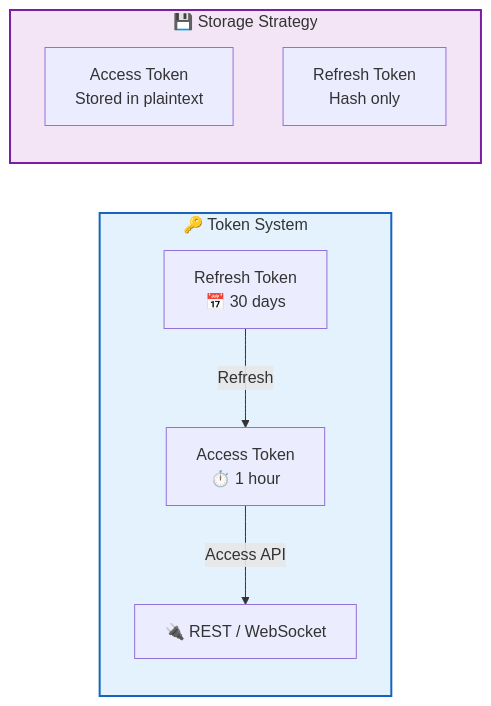
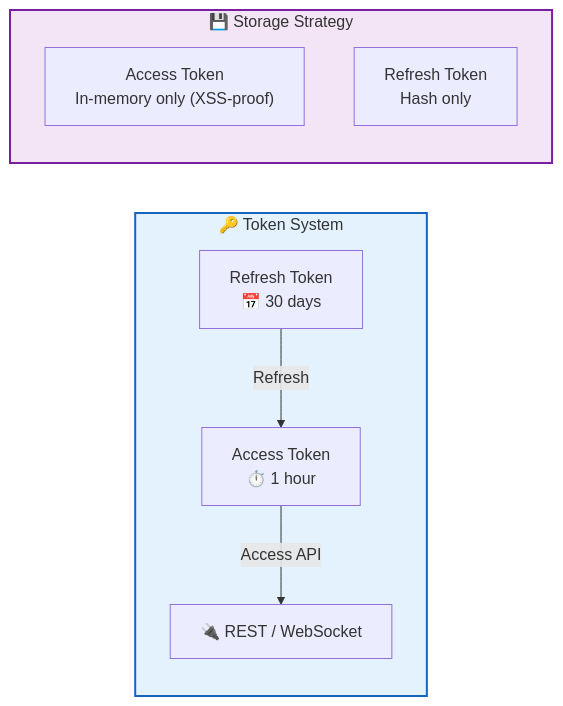
The fourth of 9 diagrams in src/content/docs/en/integration/auth.md (rtc-agent/docs), drawn with Mermaid before and after one commit. The commit also changed other lines of this file and 12 other files, not shown here.

````diff
--- a/src/content/docs/en/integration/auth.md
+++ b/src/content/docs/en/integration/auth.md
@@ -101,17 +101,17 @@
 ```mermaid
 flowchart LR
     subgraph TOKENS["🔑 Token System"]
         direction TB
         A["Access Token<br/>⏱️ 1 hour"] -->|"Access API"| API["🔌 REST / WebSocket"]
         B["Refresh Token<br/>📅 30 days"] -->|"Refresh"| A
     end
 
     subgraph STORAGE["💾 Storage Strategy"]
         direction TB
-        C["Access Token<br/>Stored in plaintext"]
+        C["Access Token<br/>In-memory only (XSS-proof)"]
         D["Refresh Token<br/>Hash only"]
     end
 
     style TOKENS fill:#e3f2fd,stroke:#1565c0,stroke-width:2px
     style STORAGE fill:#f3e5f5,stroke:#7b1fa2,stroke-width:2px
 ```
````
